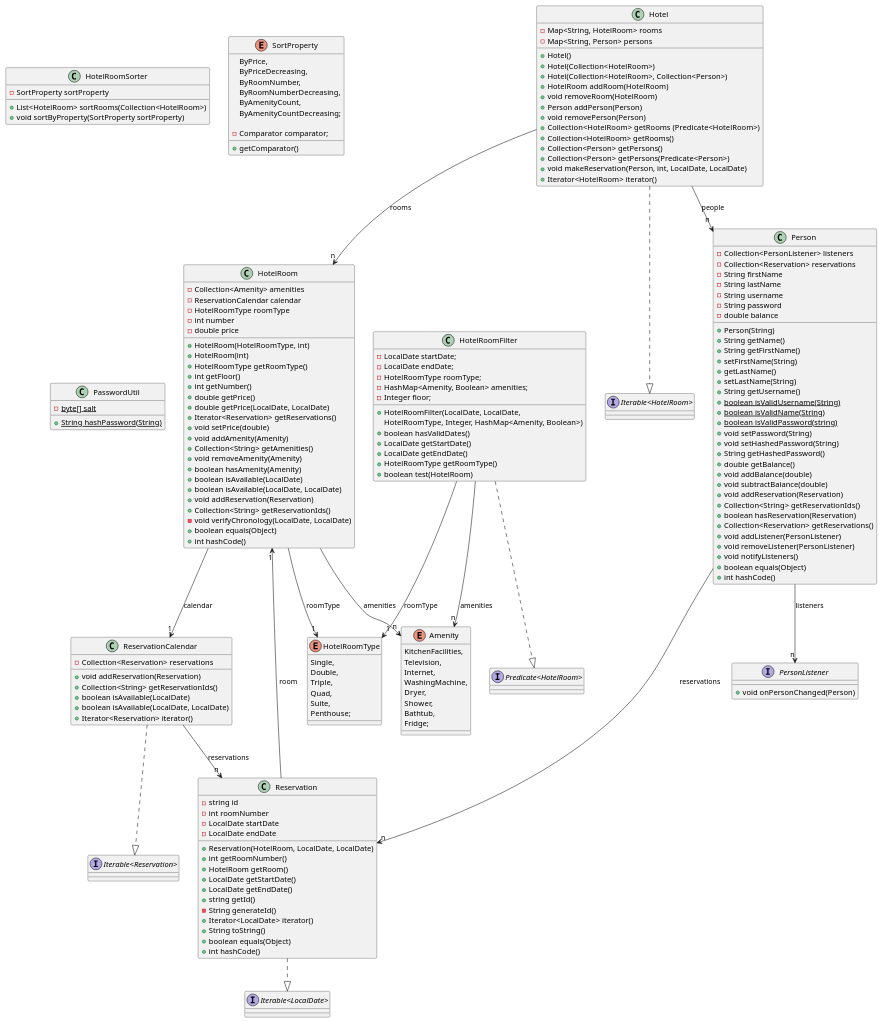
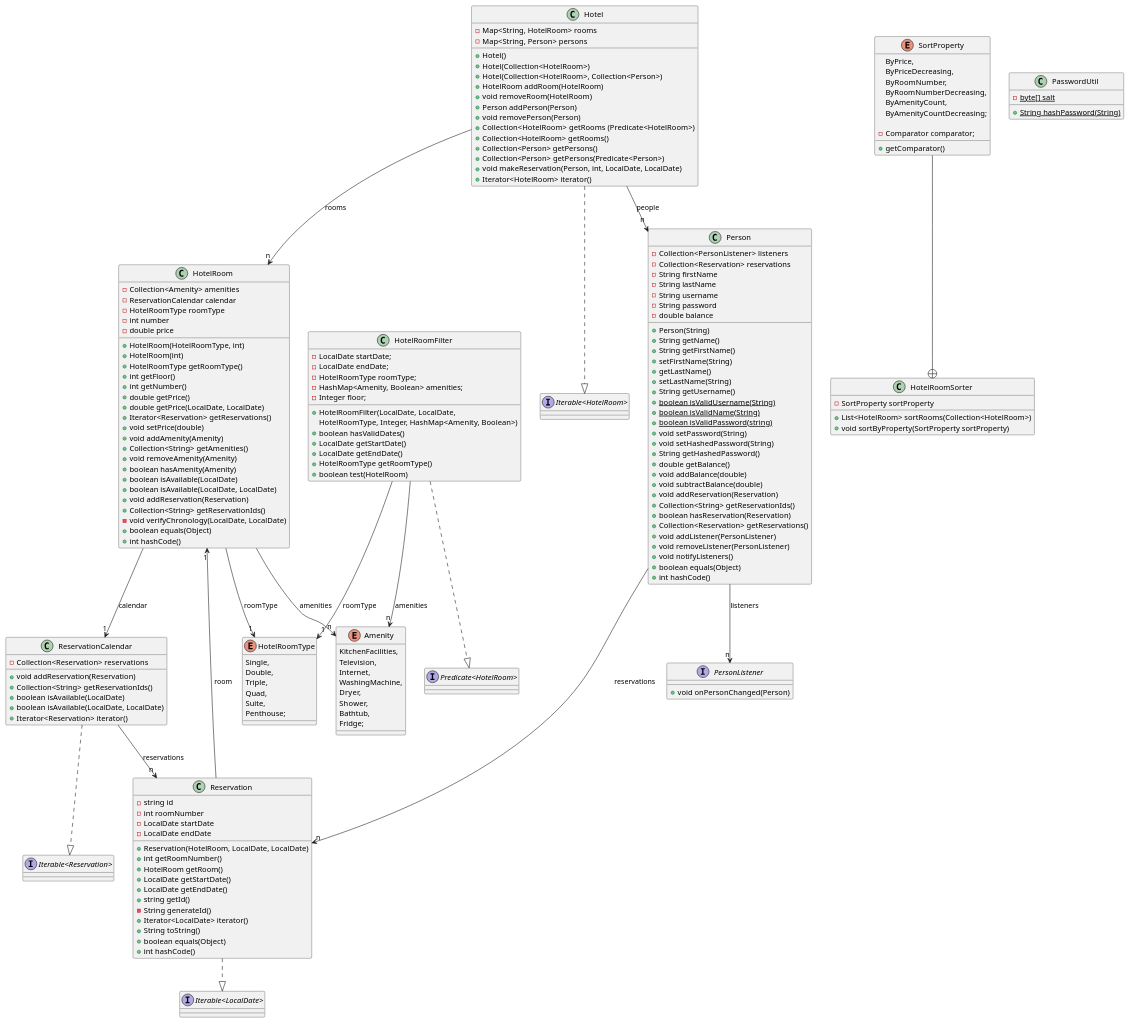
The diagram in docs/modules/core.md (erlendps/IT1901---HotelSys), drawn with PlantUML before and after one commit. The commit also changed 1 other file, not shown here.

Commit message:
#154 Update class diagram to match changes

````diff
--- a/docs/modules/core.md
+++ b/docs/modules/core.md
@@ -207,7 +207,7 @@
 Reservation --> "1" HotelRoom : room
 Person --> "n" PersonListener : listeners
 Person --> "n" Reservation : reservations
-
+SortProperty --+ HotelRoomSorter
 
 @enduml
 ```
````
